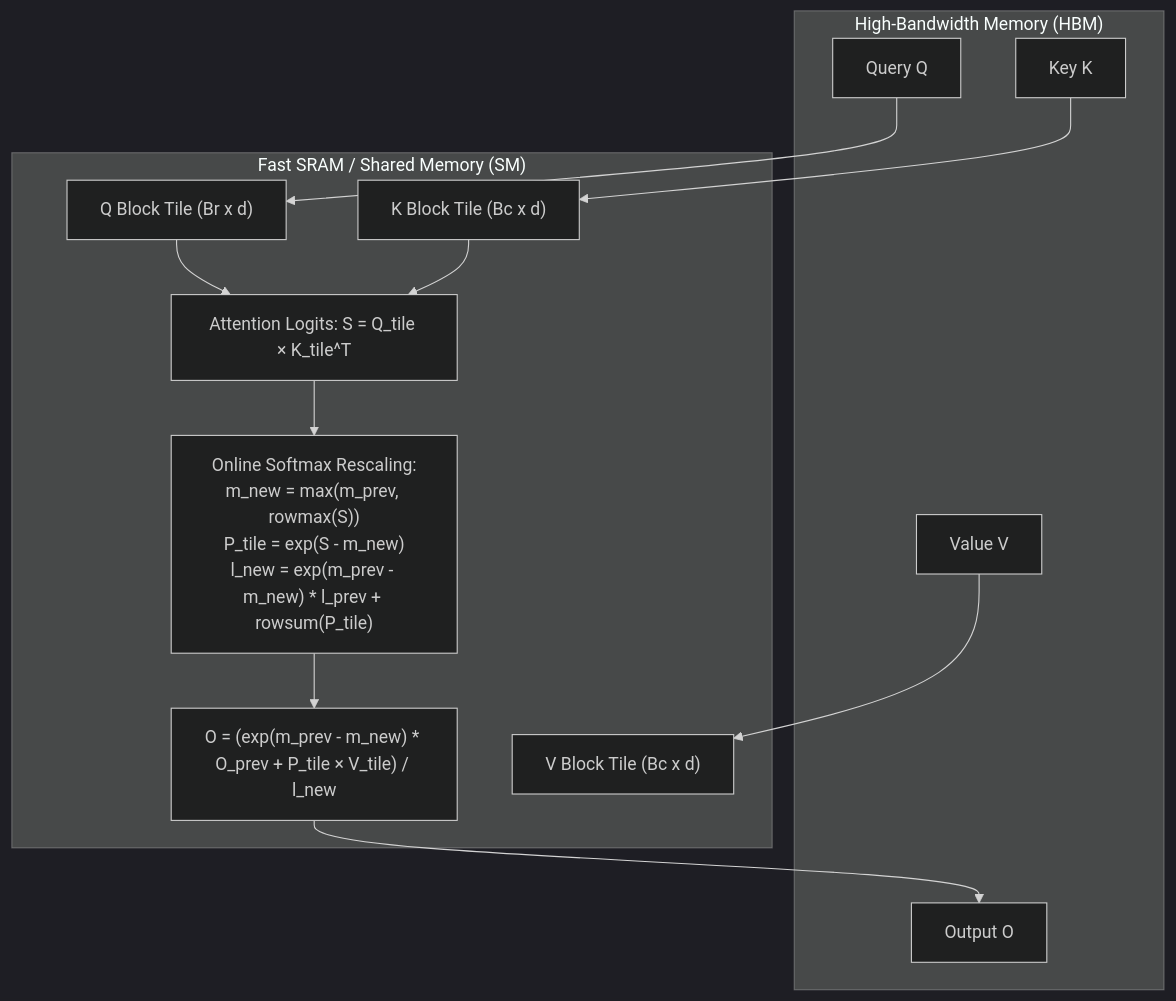
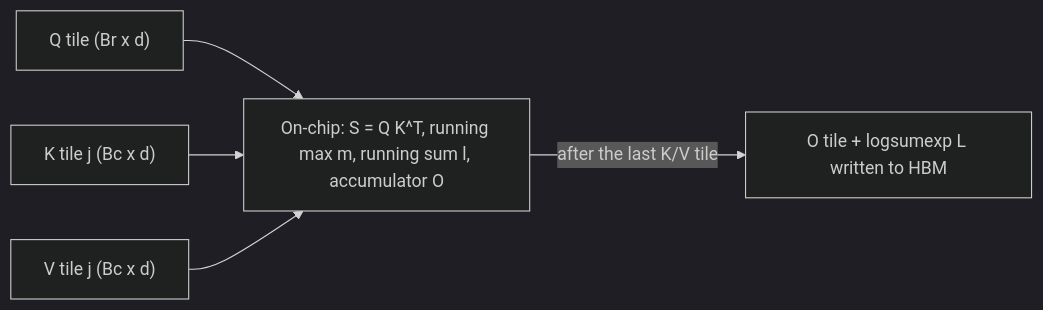
The diagram in 07_GPU_Programming_and_AI_Kernels/Module_08_FlashAttention_1_and_2_Internals/01_README.md (reddykarthikeya1/AI-Systems-Mastery), drawn with Mermaid (dark theme) before and after one commit. The commit also changed other lines of this file and 54 other files, not shown here.

````diff
--- a/07_GPU_Programming_and_AI_Kernels/Module_08_FlashAttention_1_and_2_Internals/01_README.md
+++ b/07_GPU_Programming_and_AI_Kernels/Module_08_FlashAttention_1_and_2_Internals/01_README.md
@@ -10,26 +15,7 @@
 ```mermaid
-flowchart TD
-    subgraph HBM["High-Bandwidth Memory (HBM)"]
-        Q_hbm["Query Q"]
-        K_hbm["Key K"]
-        V_hbm["Value V"]
-        O_hbm["Output O"]
-    end
-
-    subgraph SRAM["Fast SRAM / Shared Memory (SM)"]
-        Q_tile["Q Block Tile (Br x d)"]
-        K_tile["K Block Tile (Bc x d)"]
-        V_tile["V Block Tile (Bc x d)"]
-        S_tile["Attention Logits: S = Q_tile × K_tile^T"]
-        OnlineSoftmax["Online Softmax Rescaling:<br/>m_new = max(m_prev, rowmax(S))<br/>P_tile = exp(S - m_new)<br/>l_new = exp(m_prev - m_new) * l_prev + rowsum(P_tile)"]
-        O_accum["O = (exp(m_prev - m_new) * O_prev + P_tile × V_tile) / l_new"]
-    end
-
-    Q_hbm --> Q_tile
-    K_hbm --> K_tile
-    V_hbm --> V_tile
-    Q_tile --> S_tile
-    K_tile --> S_tile
-    S_tile --> OnlineSoftmax --> O_accum
-    O_accum --> O_hbm
+flowchart LR
+    Q["Q tile (Br x d)"] --> ON["On-chip: S = Q K^T, running max m, running sum l, accumulator O"]
+    K["K tile j (Bc x d)"] --> ON
+    V["V tile j (Bc x d)"] --> ON
+    ON -->|"after the last K/V tile"| OUT["O tile + logsumexp L written to HBM"]
 ```
````
